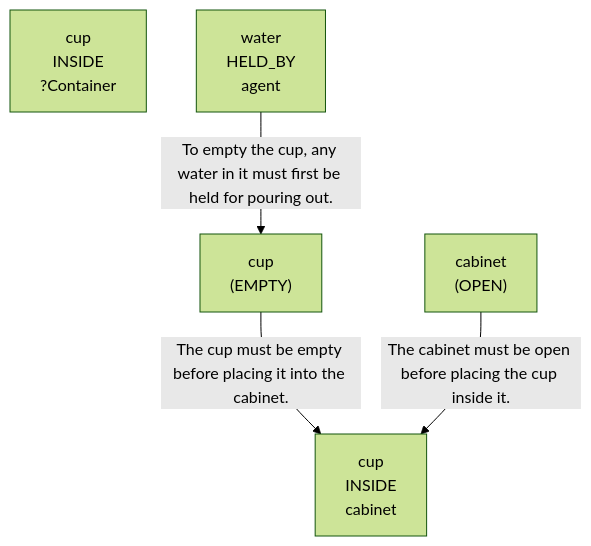
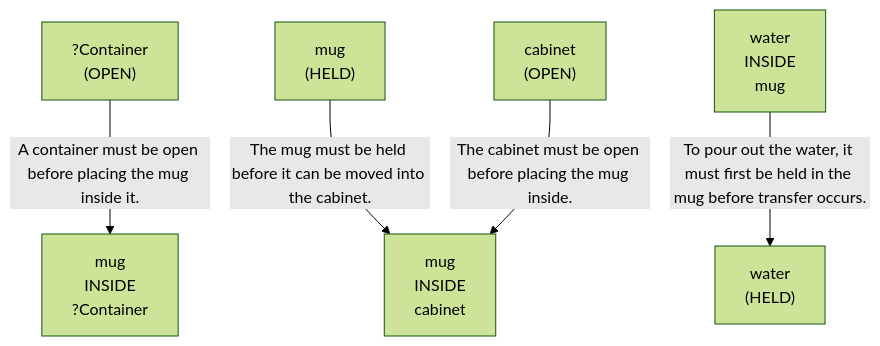
The first of 3 diagrams in evaluation/results/table1/_raw/robostate/run_T1_INST_G1_05_sentence_wise.md (scuama/virtualhome), drawn with Mermaid (forest theme) before and after one commit. The commit also changed other lines of this file and 46 other files, not shown here.

````diff
--- a/evaluation/results/table1/_raw/robostate/run_T1_INST_G1_05_sentence_wise.md
+++ b/evaluation/results/table1/_raw/robostate/run_T1_INST_G1_05_sentence_wise.md
@@ -72,11 +72,14 @@
 ```mermaid
 graph TD
-    N1["cup<br>INSIDE<br>?Container"]
-    N2["water<br>HELD_BY<br>agent"]
-    N3["cup<br>(EMPTY)"]
-    N4["cup<br>INSIDE<br>cabinet"]
-    N5["cabinet<br>(OPEN)"]
-    N2 -->|"To empty the cup, any water in it must first be held for pouring out."| N3
-    N3 -->|"The cup must be empty before placing it into the cabinet."| N4
-    N5 -->|"The cabinet must be open before placing the cup inside it."| N4
+    N1["mug<br>INSIDE<br>?Container"]
+    N2["?Container<br>(OPEN)"]
+    N3["mug<br>(HELD)"]
+    N4["water<br>(HELD)"]
+    N5["water<br>INSIDE<br>mug"]
+    N6["mug<br>INSIDE<br>cabinet"]
+    N7["cabinet<br>(OPEN)"]
+    N2 -->|"A container must be open before placing the mug inside it."| N1
+    N3 -->|"The mug must be held before it can be moved into the cabinet."| N6
+    N7 -->|"The cabinet must be open before placing the mug inside."| N6
+    N5 -->|"To pour out the water, it must first be held in the mug before transfer occurs."| N4
 ```
````
